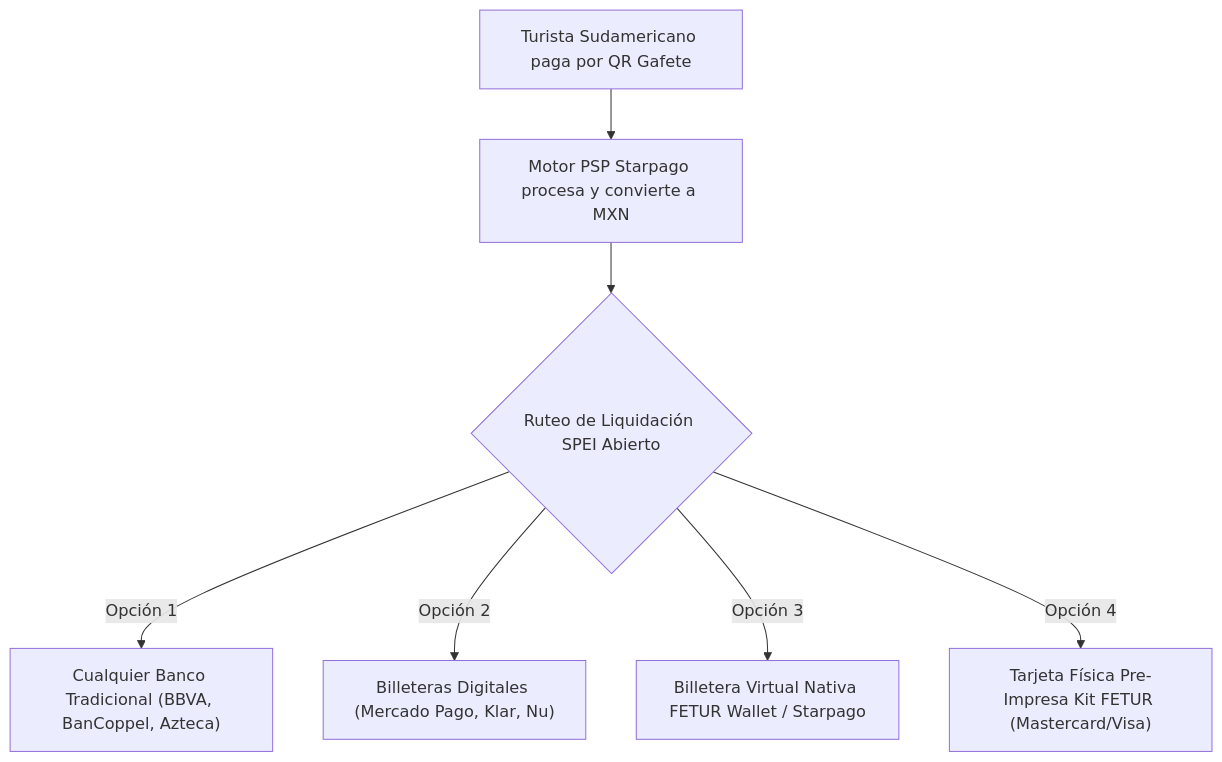
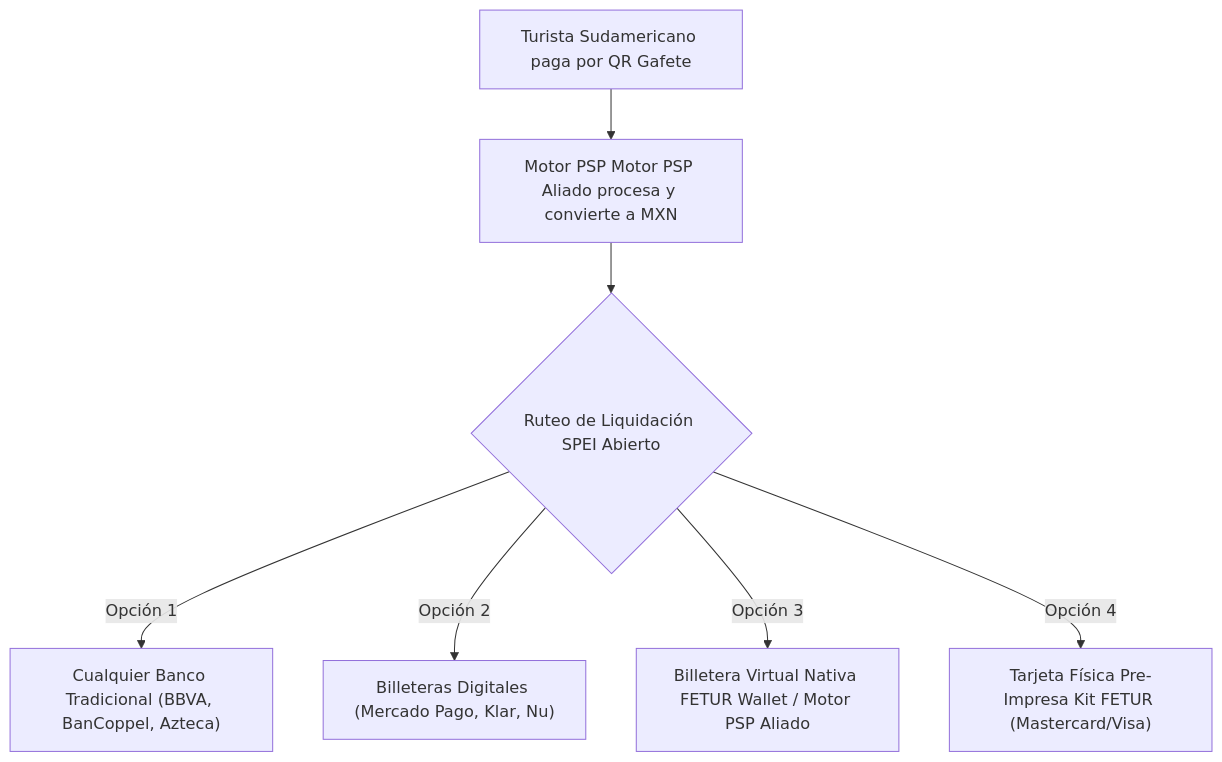
One commit to agutierrez11/riviera-maya-payments changed the diagram in ARQUITECTURA_AGNOSTICA_MULTI_BANCO_SIN_SPIN.md. Above: the diagram before and after it, drawn with Mermaid. The commit also changed other lines of this file and 11 other files, not shown here.

````diff
--- a/ARQUITECTURA_AGNOSTICA_MULTI_BANCO_SIN_SPIN.md
+++ b/ARQUITECTURA_AGNOSTICA_MULTI_BANCO_SIN_SPIN.md
@@ -16,9 +16,9 @@
 ```mermaid
 flowchart TD
-    A["Turista Sudamericano paga por QR Gafete"] --> B["Motor PSP Starpago procesa y convierte a MXN"]
+    A["Turista Sudamericano paga por QR Gafete"] --> B["Motor PSP Motor PSP Aliado procesa y convierte a MXN"]
     B --> C{"Ruteo de Liquidación SPEI Abierto"}
     C -- "Opción 1" --> D["Cualquier Banco Tradicional (BBVA, BanCoppel, Azteca)"]
     C -- "Opción 2" --> E["Billeteras Digitales (Mercado Pago, Klar, Nu)"]
-    C -- "Opción 3" --> F["Billetera Virtual Nativa FETUR Wallet / Starpago"]
+    C -- "Opción 3" --> F["Billetera Virtual Nativa FETUR Wallet / Motor PSP Aliado"]
     C -- "Opción 4" --> G["Tarjeta Física Pre-Impresa Kit FETUR (Mastercard/Visa)"]
 ```
````
